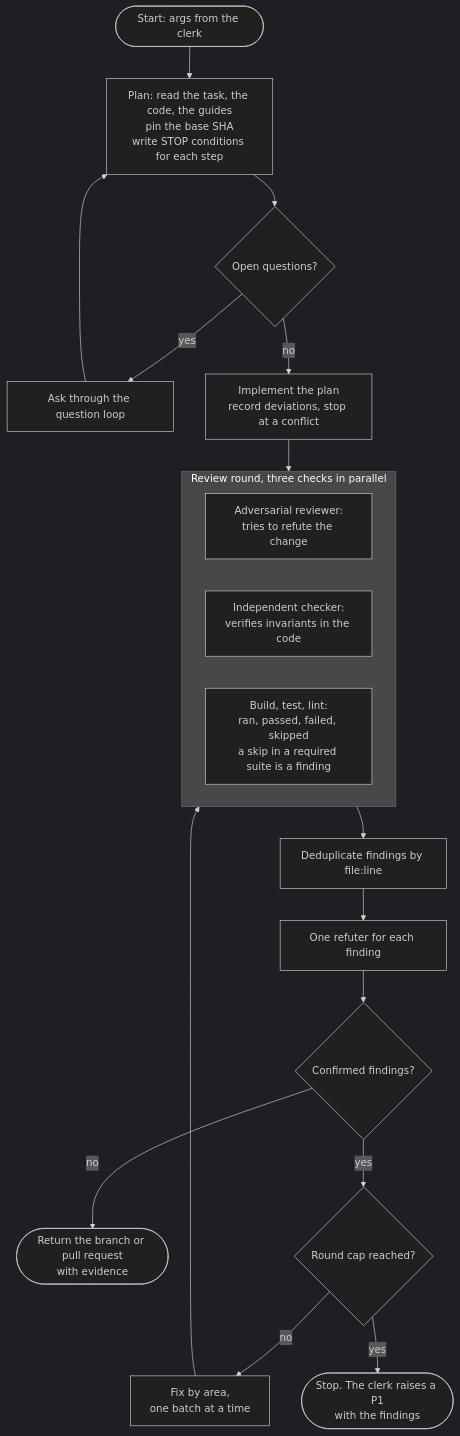
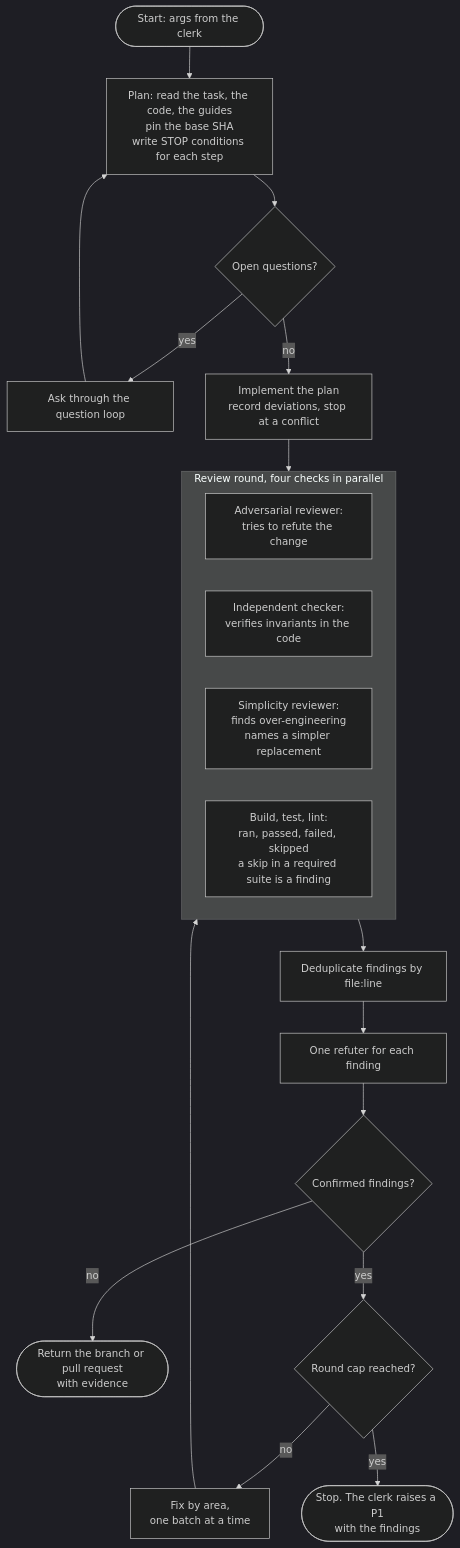
The fourth of 7 diagrams in docs/flow.md (oter/bruh), drawn with Mermaid (dark theme) before and after one commit. The commit also changed 8 other files, not shown here.

First line of the commit message:
Add a simplicity reviewer to the deliver review (task 45)

````diff
--- a/docs/flow.md
+++ b/docs/flow.md
@@ -168,20 +168,21 @@
 ```mermaid
 flowchart TD
     start([Start: args from the clerk]) --> plan["Plan: read the task, the code, the guides<br/>pin the base SHA<br/>write STOP conditions for each step"]
     plan --> q{Open questions?}
     q -->|yes| ask[Ask through the question loop] --> plan
     q -->|no| impl["Implement the plan<br/>record deviations, stop at a conflict"]
     impl --> review
-    subgraph review["Review round, three checks in parallel"]
+    subgraph review["Review round, four checks in parallel"]
         adv["Adversarial reviewer:<br/>tries to refute the change"]
         chk["Independent checker:<br/>verifies invariants in the code"]
+        simp["Simplicity reviewer:<br/>finds over-engineering<br/>names a simpler replacement"]
         btl["Build, test, lint:<br/>ran, passed, failed, skipped<br/>a skip in a required suite is a finding"]
     end
     review --> dedup["Deduplicate findings by file:line"]
     dedup --> refute[One refuter for each finding]
     refute --> conf{Confirmed findings?}
     conf -->|no| done(["Return the branch or pull request<br/>with evidence"])
     conf -->|yes| cap{Round cap reached?}
     cap -->|no| fix["Fix by area,<br/>one batch at a time"] --> review
     cap -->|yes| p1(["Stop. The clerk raises a P1<br/>with the findings"])
 ```
````
